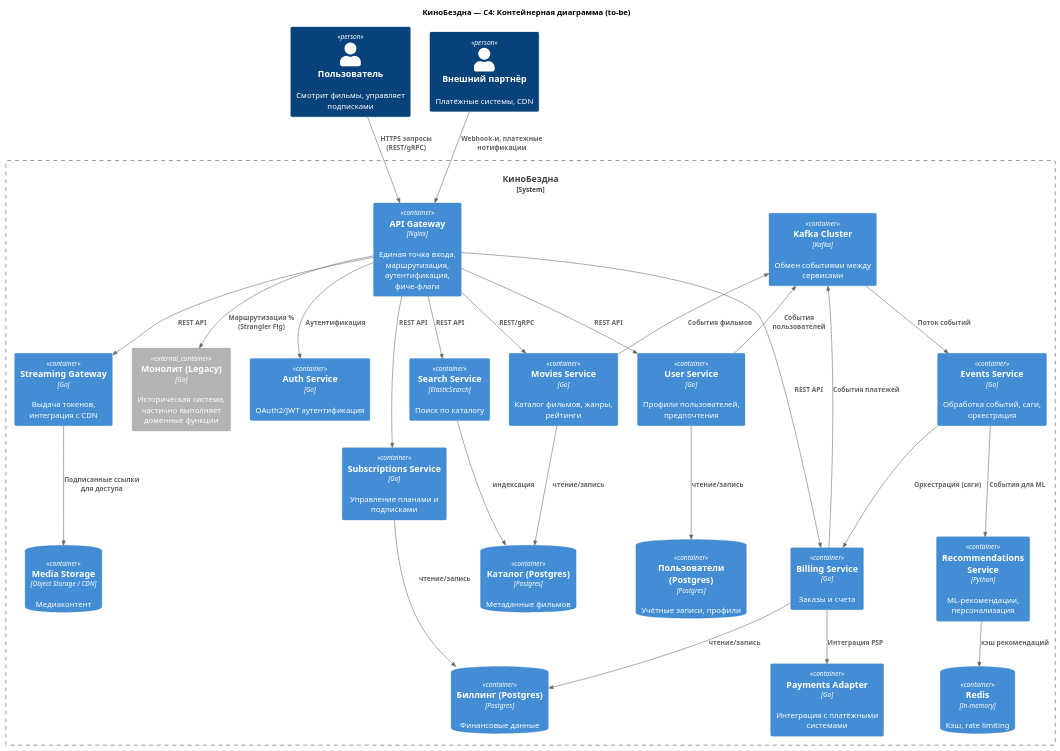
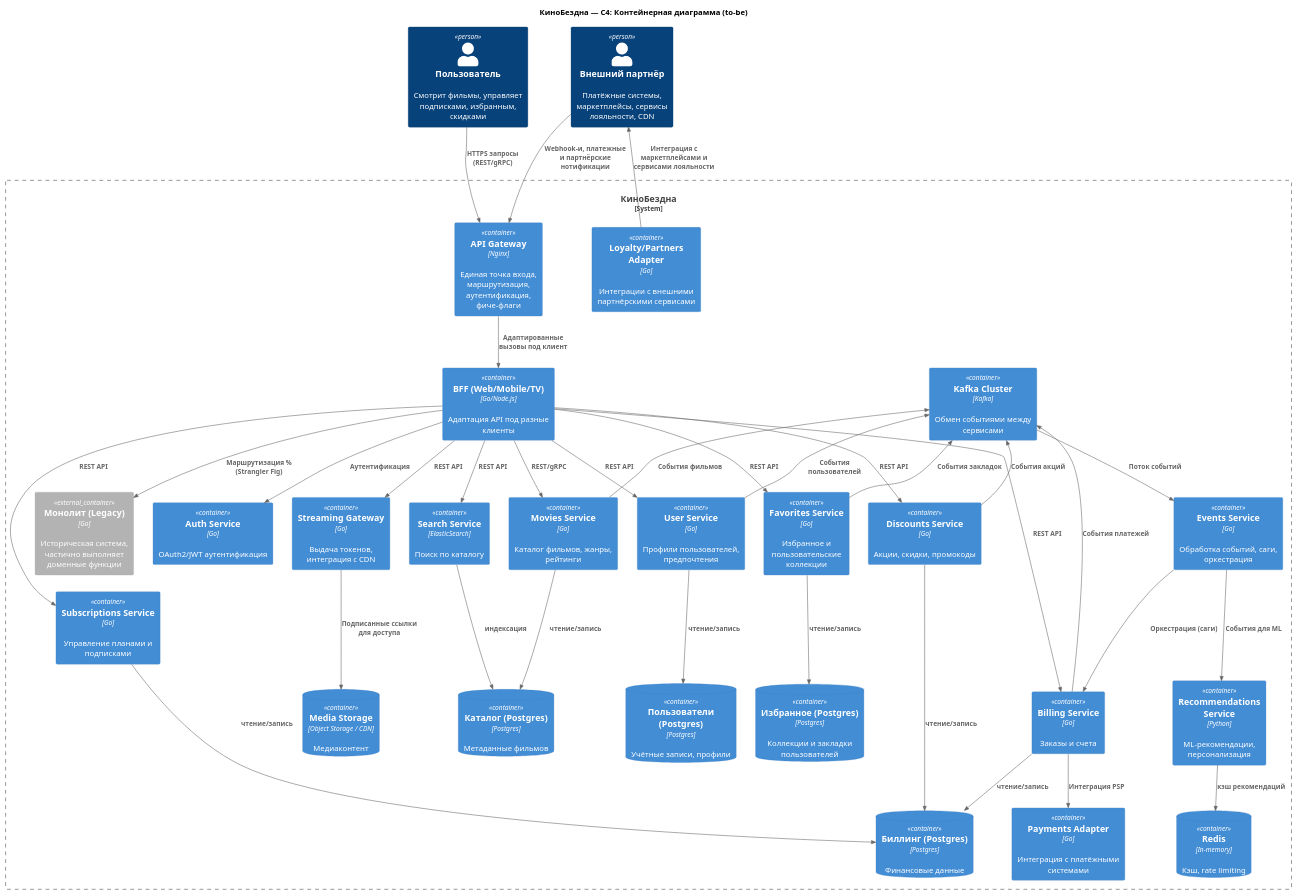
The diagram in docs/c4/ContainerDiagram.puml (guschin-goway/architecture-cinemaabyss), drawn with PlantUML before and after one commit. The commit also changed 2 other files, not shown here.

```diff
--- a/docs/c4/ContainerDiagram.puml
+++ b/docs/c4/ContainerDiagram.puml
@@ -1,68 +1,80 @@
 @startuml
 !include https://raw.githubusercontent.com/plantuml-stdlib/C4-PlantUML/master/C4_Container.puml
 
 title КиноБездна — C4: Контейнерная диаграмма (to-be)
 
-Person(user, "Пользователь", "Смотрит фильмы, управляет подписками")
-Person(partner, "Внешний партнёр", "Платёжные системы, CDN")
+Person(user, "Пользователь", "Смотрит фильмы, управляет подписками, избранным, скидками")
+Person(partner, "Внешний партнёр", "Платёжные системы, маркетплейсы, сервисы лояльности, CDN")
 
 System_Boundary(ca, "КиноБездна") {
     Container(proxy, "API Gateway", "Nginx", "Единая точка входа, маршрутизация, аутентификация, фиче-флаги")
+    Container(bff, "BFF (Web/Mobile/TV)", "Go/Node.js", "Адаптация API под разные клиенты")
 
     Container(auth, "Auth Service", "Go", "OAuth2/JWT аутентификация")
     Container(userSvc, "User Service", "Go", "Профили пользователей, предпочтения")
+    Container(favorites, "Favorites Service", "Go", "Избранное и пользовательские коллекции")
 
     Container(movies, "Movies Service", "Go", "Каталог фильмов, жанры, рейтинги")
     Container(search, "Search Service", "ElasticSearch", "Поиск по каталогу")
-
     Container(streaming, "Streaming Gateway", "Go", "Выдача токенов, интеграция с CDN")
     ContainerDb(mediaStore, "Media Storage", "Object Storage / CDN", "Медиаконтент")
+    Container(rec, "Recommendations Service", "Python", "ML-рекомендации, персонализация")
 
     Container(billing, "Billing Service", "Go", "Заказы и счета")
     Container(payments, "Payments Adapter", "Go", "Интеграция с платёжными системами")
     Container(subs, "Subscriptions Service", "Go", "Управление планами и подписками")
+    Container(discounts, "Discounts Service", "Go", "Акции, скидки, промокоды")
 
-    Container(rec, "Recommendations Service", "Python", "ML-рекомендации, персонализация")
+    Container(loyalty, "Loyalty/Partners Adapter", "Go", "Интеграции с внешними партнёрскими сервисами")
 
     ContainerDb(dbCatalog, "Каталог (Postgres)", "Postgres", "Метаданные фильмов")
     ContainerDb(dbUsers, "Пользователи (Postgres)", "Postgres", "Учётные записи, профили")
     ContainerDb(dbBilling, "Биллинг (Postgres)", "Postgres", "Финансовые данные")
+    ContainerDb(dbFavorites, "Избранное (Postgres)", "Postgres", "Коллекции и закладки пользователей")
     ContainerDb(redis, "Redis", "In-memory", "Кэш, rate limiting")
 
     Container(kafka, "Kafka Cluster", "Kafka", "Обмен событиями между сервисами")
     Container(events, "Events Service", "Go", "Обработка событий, саги, оркестрация")
 
     Container_Ext(monolith, "Монолит (Legacy)", "Go", "Историческая система, частично выполняет доменные функции")
 }
 
 ' Взаимодействия
 Rel(user, proxy, "HTTPS запросы (REST/gRPC)")
-Rel(partner, proxy, "Webhook-и, платежные нотификации")
+Rel(proxy, bff, "Адаптированные вызовы под клиент")
+Rel(partner, proxy, "Webhook-и, платежные и партнёрские нотификации")
 
-Rel(proxy, auth, "Аутентификация")
-Rel(proxy, userSvc, "REST API")
-Rel(proxy, movies, "REST/gRPC")
-Rel(proxy, search, "REST API")
-Rel(proxy, streaming, "REST API")
-Rel(proxy, billing, "REST API")
-Rel(proxy, subs, "REST API")
-Rel(proxy, monolith, "Маршрутизация % (Strangler Fig)")
+Rel(bff, auth, "Аутентификация")
+Rel(bff, userSvc, "REST API")
+Rel(bff, favorites, "REST API")
+Rel(bff, movies, "REST/gRPC")
+Rel(bff, search, "REST API")
+Rel(bff, streaming, "REST API")
+Rel(bff, billing, "REST API")
+Rel(bff, subs, "REST API")
+Rel(bff, discounts, "REST API")
+Rel(bff, monolith, "Маршрутизация % (Strangler Fig)")
 
 Rel(movies, dbCatalog, "чтение/запись")
 Rel(search, dbCatalog, "индексация")
 Rel(userSvc, dbUsers, "чтение/запись")
+Rel(favorites, dbFavorites, "чтение/запись")
 Rel(billing, dbBilling, "чтение/запись")
 Rel(subs, dbBilling, "чтение/запись")
+Rel(discounts, dbBilling, "чтение/запись")
 Rel(rec, redis, "кэш рекомендаций")
 
 Rel_U(movies, kafka, "События фильмов")
 Rel_U(userSvc, kafka, "События пользователей")
 Rel_U(billing, kafka, "События платежей")
+Rel_U(favorites, kafka, "События закладок")
+Rel_U(discounts, kafka, "События акций")
 Rel(kafka, events, "Поток событий")
 Rel(events, billing, "Оркестрация (саги)")
 Rel(events, rec, "События для ML")
 
 Rel(billing, payments, "Интеграция PSP")
+Rel(loyalty, partner, "Интеграция с маркетплейсами и сервисами лояльности")
 Rel(streaming, mediaStore, "Подписанные ссылки для доступа")
 
 @enduml
```
